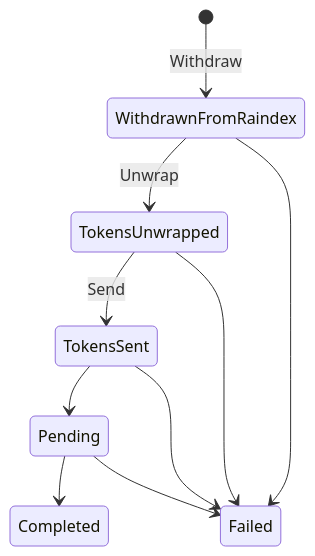
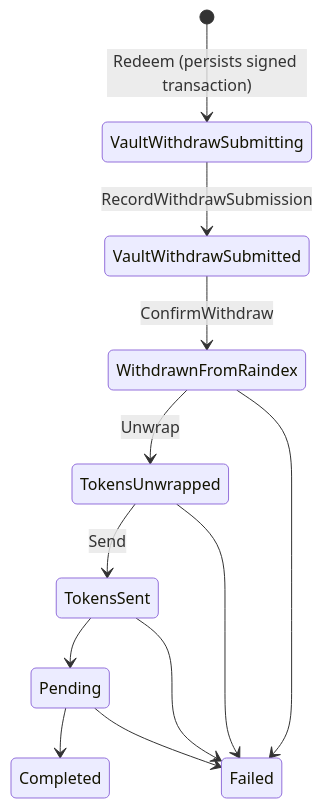
Before and after one commit to ST0x-Technology/st0x.liquidity: the sixth of 12 diagrams in SPEC.md, drawn with Mermaid. The commit also changed other lines of this file and 43 other files, not shown here.

First line of the commit message:
[RAI-2485] Make equity vault withdrawal submission idempotent (#1532)

````diff
--- a/SPEC.md
+++ b/SPEC.md
@@ -3343,12 +3343,14 @@
 ```mermaid
 stateDiagram-v2
-    [*] --> WithdrawnFromRaindex: Withdraw
+    [*] --> VaultWithdrawSubmitting: Redeem (persists signed transaction)
+    VaultWithdrawSubmitting --> VaultWithdrawSubmitted: RecordWithdrawSubmission
+    VaultWithdrawSubmitted --> WithdrawnFromRaindex: ConfirmWithdraw
     WithdrawnFromRaindex --> TokensUnwrapped: Unwrap
     WithdrawnFromRaindex --> Failed
     TokensUnwrapped --> TokensSent: Send
     TokensUnwrapped --> Failed
     TokensSent --> Pending
     TokensSent --> Failed
     Pending --> Completed
     Pending --> Failed
 ```
````
